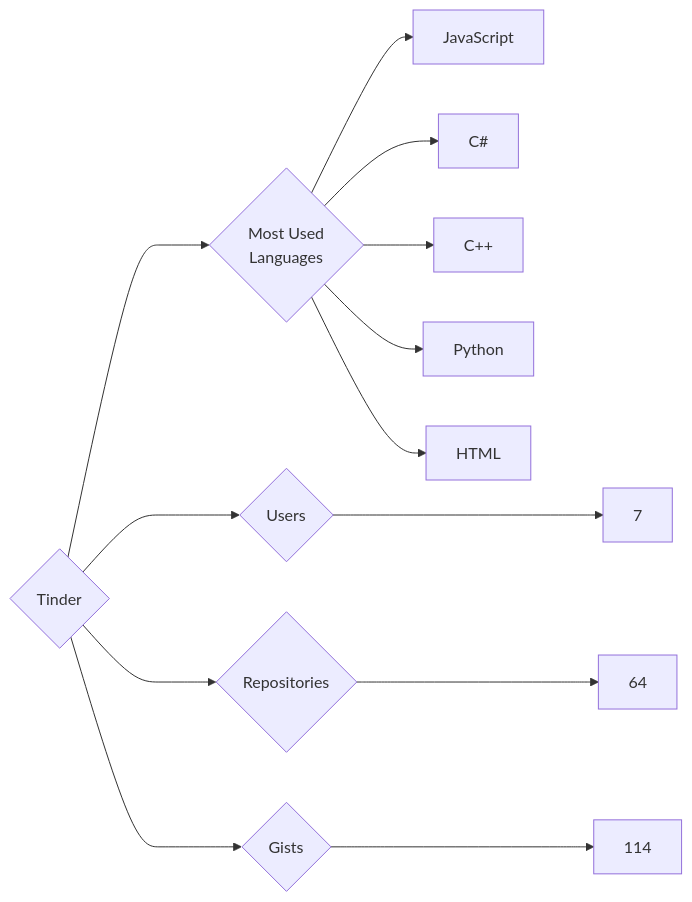
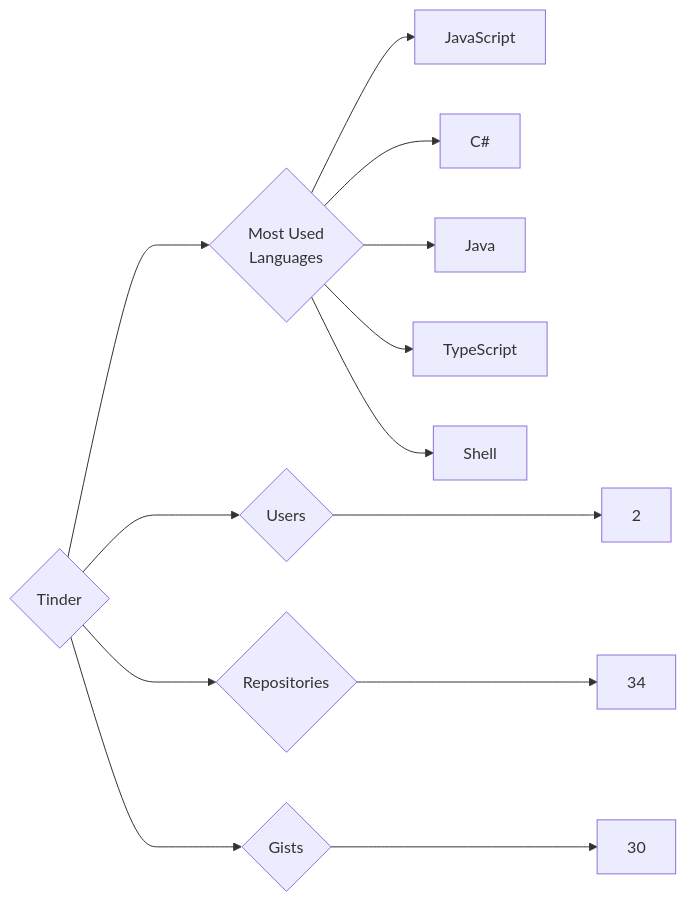
Before and after one commit to trickest/insiders: the diagram in targets/Tinder/README.md, drawn with Mermaid. The commit also changed 965 other files, not shown here.

````diff
--- a/targets/Tinder/README.md
+++ b/targets/Tinder/README.md
@@ -3,13 +3,13 @@
 ```mermaid
 graph LR
 COMPANY_NAME{Tinder}
-COMPANY_NAME ---> U{Users} ---> UN[7]
-COMPANY_NAME ---> R{Repositories} ---> RN[64]
-COMPANY_NAME ---> G{Gists} ---> GN[114]
+COMPANY_NAME ---> U{Users} ---> UN[2]
+COMPANY_NAME ---> R{Repositories} ---> RN[34]
+COMPANY_NAME ---> G{Gists} ---> GN[30]
 COMPANY_NAME ---> ML{Most Used<br>Languages}
 ML --> JavaScript[JavaScript]
 ML --> C#[C#]
-ML --> C++[C++]
-ML --> Python[Python]
-ML --> HTML[HTML]
+ML --> Java[Java]
+ML --> TypeScript[TypeScript]
+ML --> Shell[Shell]
 ```
````
